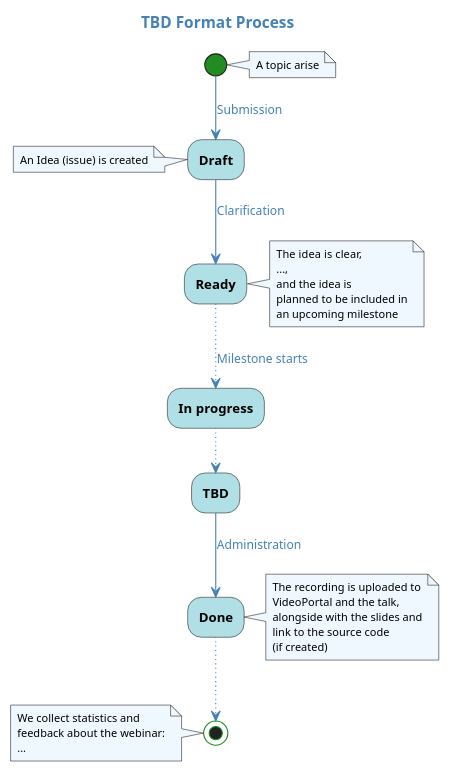
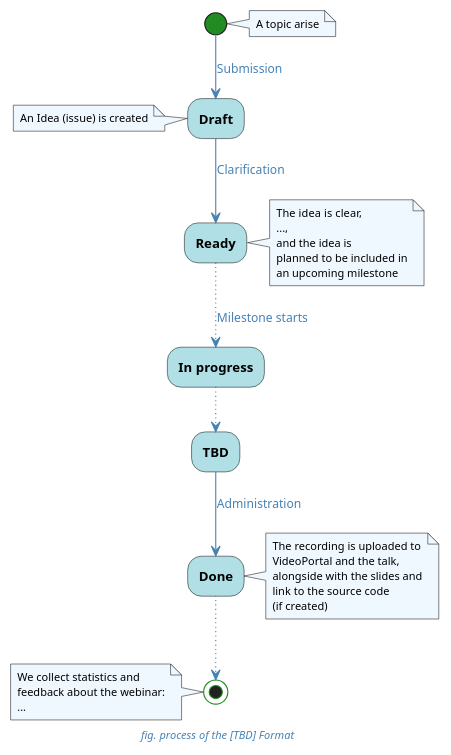
Before and after one commit to Idea-Pool/topics: the diagram in docs/uml/process-placeholder.puml, drawn with PlantUML. The commit also changed 12 other files, not shown here.

Commit message:
Updated diagram titles/captions

```diff
--- a/docs/uml/process-placeholder.puml
+++ b/docs/uml/process-placeholder.puml
@@ -1,68 +1,73 @@
 @startuml
-
-title TBD Format Process
 
 skinparam defaultFontName Ubuntu Light
 skinparam backgroundColor transparent
-skinparam titleFontColor SteelBlue
+
+skinparam caption {
+    FontColor SteelBlue
+    FontStyle italic
+    FontSize 10pt
+}
 
 skinparam activity {
     BackgroundColor PowderBlue
     StartColor ForestGreen
     EndColor ForestGreen
     FontStyle bold
 }
 
 skinparam arrow {
     Color SteelBlue
     FontColor SteelBlue
 }
 
 skinparam note {
     BackgroundColor AliceBlue
     FontSize 10
 }
+
+caption fig. process of the [TBD] Format
 
 note right
     A topic arise
 end note
 
 (*) -->[Submission] Draft
 
 note left
     An Idea (issue) is created
 end note
 
 -->[Clarification] Ready
 
 note right
     The idea is clear,
     ...,
     and the idea is
     planned to be included in
     an upcoming milestone
 end note
 
 ..>[Milestone starts] In progress
 
 ..>TBD
 
 -->[Administration] Done
 
 note right
     The recording is uploaded to
     VideoPortal and the talk,
     alongside with the slides and
     link to the source code
     (if created)
 end note
 
 ..> (*)
 
 note left
     We collect statistics and
     feedback about the webinar:
     ...
 end note
 
 @enduml
```
